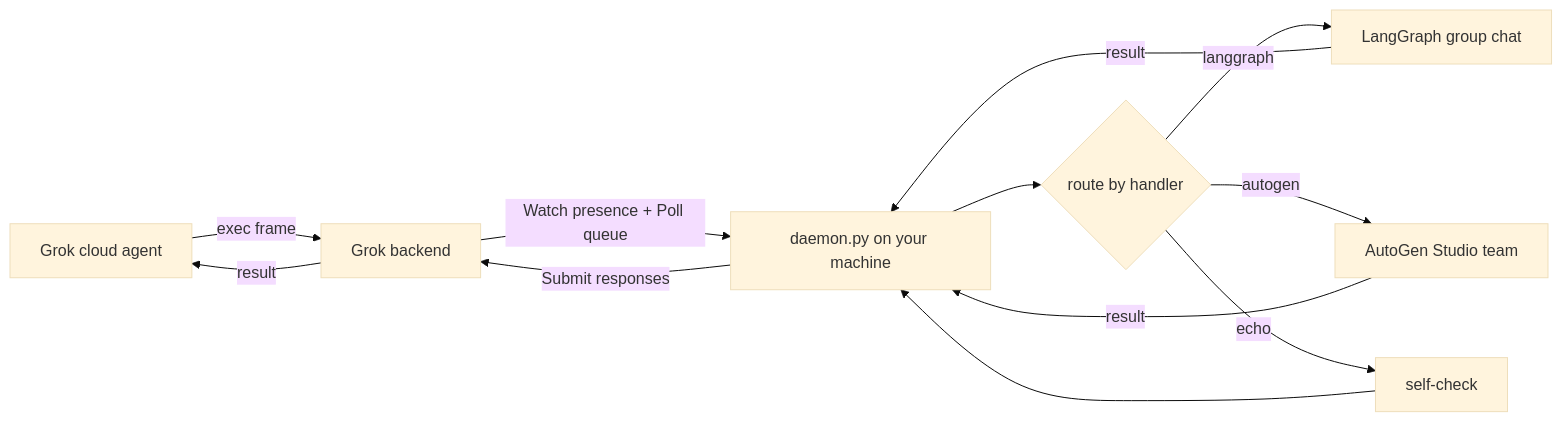
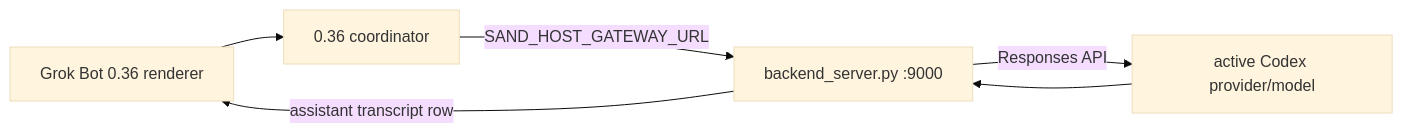
The diagram in README.md (shihao918/grok-bridge), drawn with Mermaid (base theme) before and after one commit. The commit also changed other lines of this file and 24 other files, not shown here.

First line of the commit message:
feat: release Grok Bot 0.36 local Codex Responses path (#1)

````diff
--- a/README.md
+++ b/README.md
@@ -14,14 +16,8 @@
 ```mermaid
 flowchart LR
-    A[Grok cloud agent] -->|exec frame| B[Grok backend]
-    B -- Watch presence + Poll queue --> D[daemon.py on your machine]
-    D --> E{route by handler}
-    E -->|langgraph| F[LangGraph group chat]
-    E -->|autogen| G[AutoGen Studio team]
-    E -->|echo| H[self-check]
-    F -->|result| D
-    G -->|result| D
-    H --> D
-    D -- Submit responses --> B
-    B -- result --> A
+    A[Grok Bot 0.36 renderer] --> B[0.36 coordinator]
+    B -->|SAND_HOST_GATEWAY_URL| C[backend_server.py :9000]
+    C -->|Responses API| D[active Codex provider/model]
+    D --> C
+    C -->|assistant transcript row| A
 ```
````
